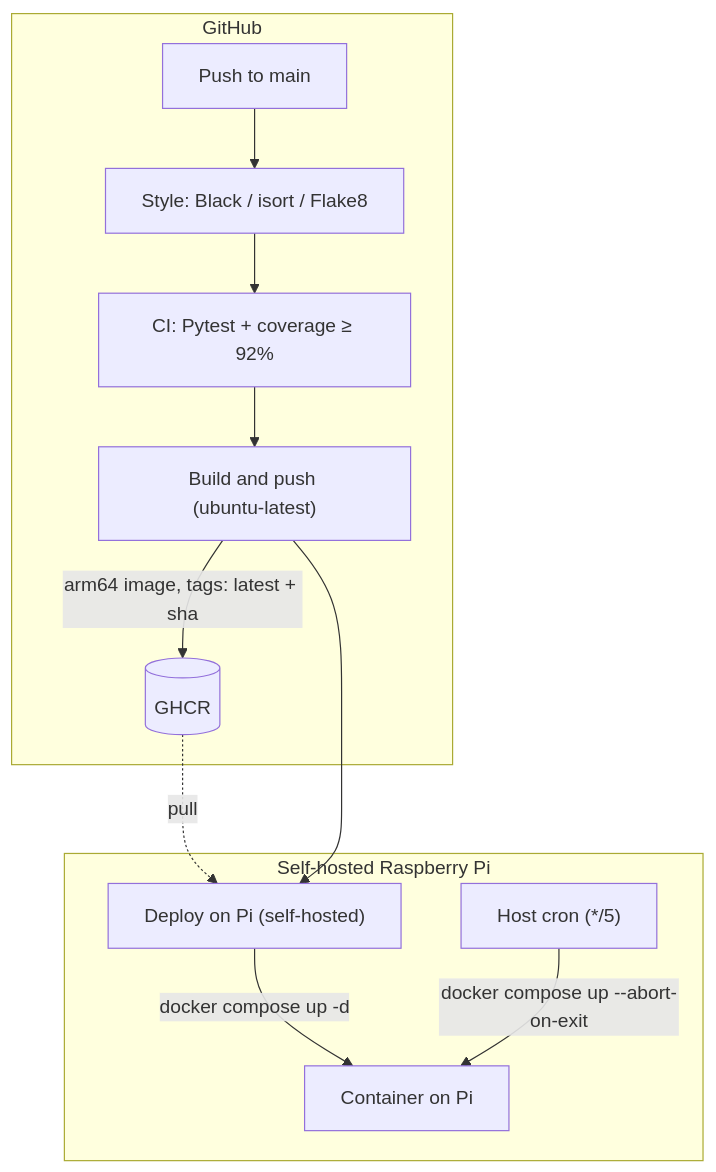
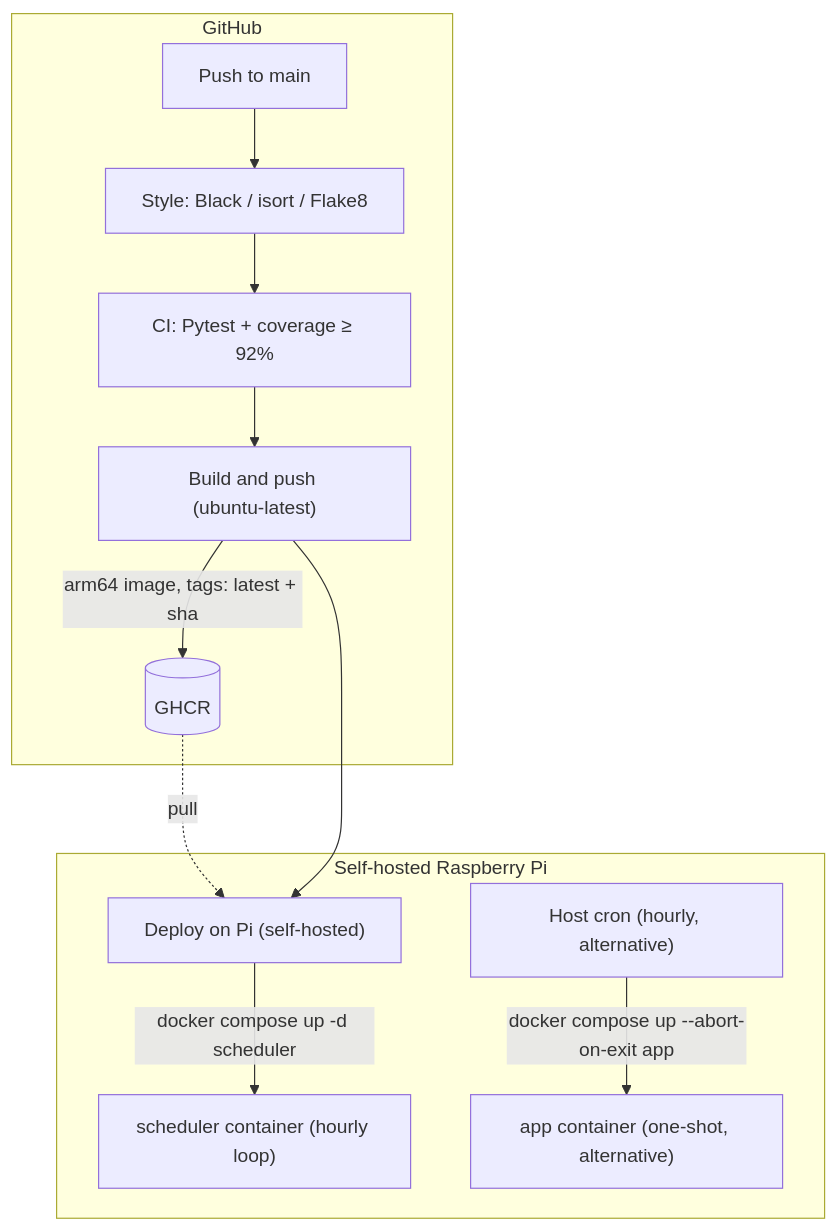
Before and after one commit to breakfast-at-tiffanys/SPOTIFY-PLAYLIST-APP: the third of 3 diagrams in architecture.md, drawn with Mermaid. The commit also changed other lines of this file and 14 other files, not shown here.

````diff
--- a/architecture.md
+++ b/architecture.md
@@ -186,20 +213,21 @@
 ```mermaid
 flowchart TB
   subgraph GitHub
     P["Push to main"] --> S["Style: Black / isort / Flake8"]
     S --> T["CI: Pytest + coverage ≥ 92%"]
     T --> B["Build and push (ubuntu‑latest)"]
     B -->|"arm64 image, tags: latest + sha"| GHCR[("GHCR")]
   end
 
   subgraph RaspberryPi["Self‑hosted Raspberry Pi"]
     E["Deploy on Pi (self‑hosted)"]
-    R["Container on Pi"]
-    D["Host cron (*/5)"]
+    R["scheduler container (hourly loop)"]
+    D["Host cron (hourly, alternative)"]
+    RA["app container (one‑shot, alternative)"]
   end
 
   GHCR -. "pull" .-> E
   B --> E
-  E -->|"docker compose up -d"| R
-  D -->|"docker compose up --abort-on-exit"| R
+  E -->|"docker compose up -d scheduler"| R
+  D -->|"docker compose up --abort-on-exit app"| RA
 ```
````
